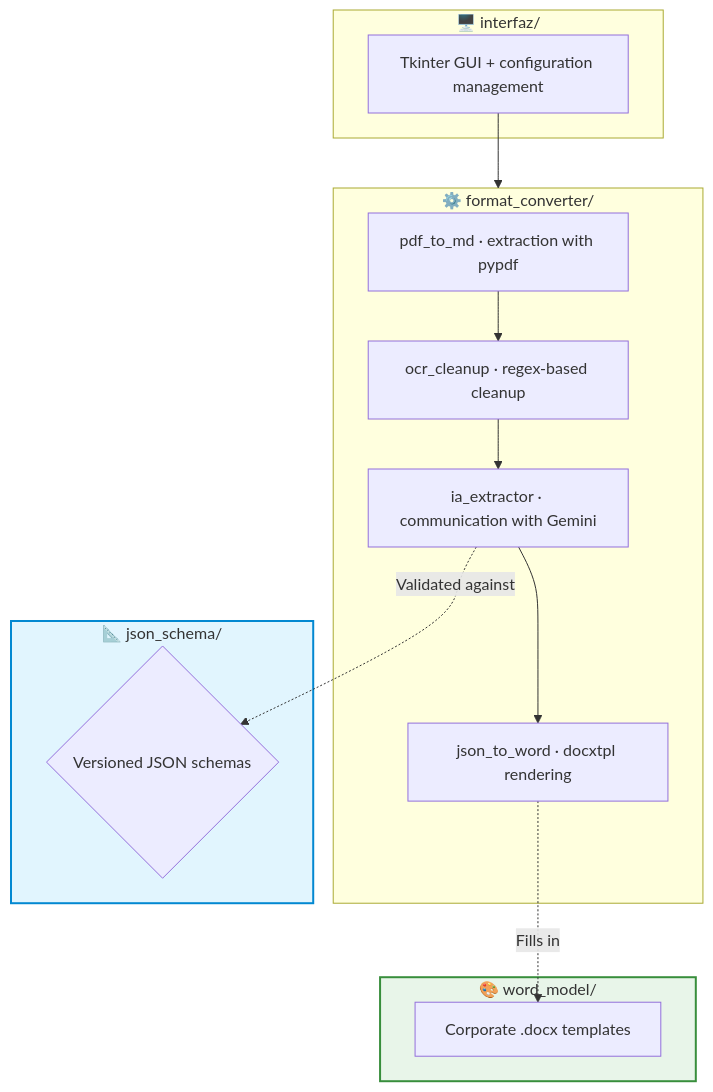
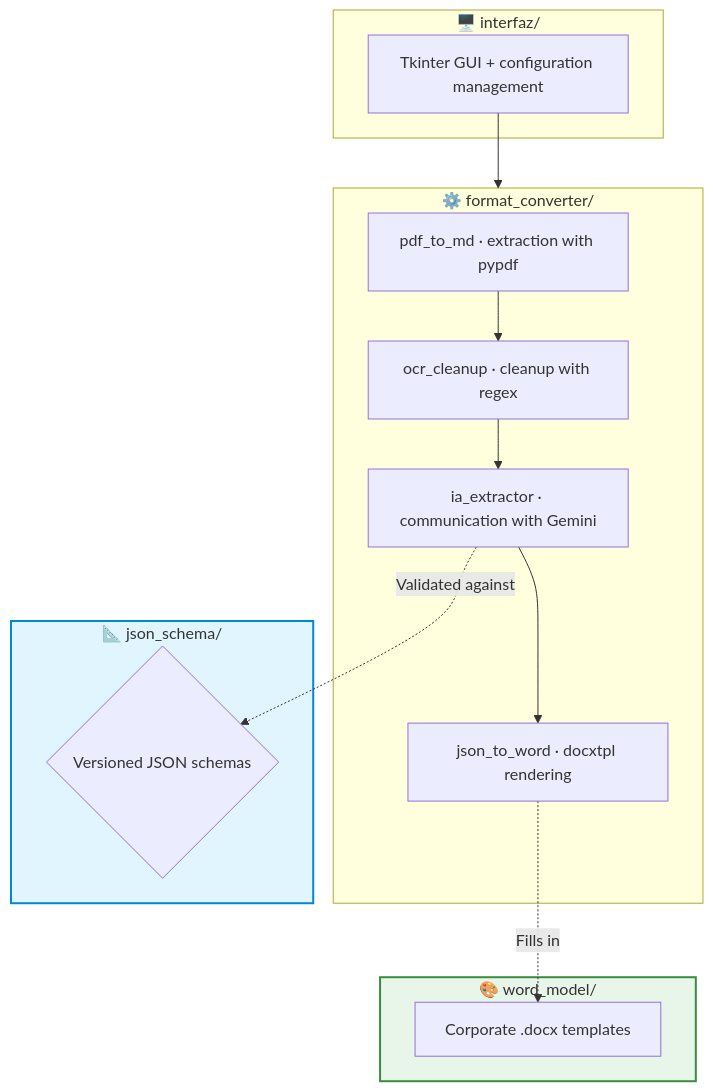
One commit to ivanher97/CV_Auto_CTIngenieros changed the second of 2 diagrams in README.md. Above: the diagram before and after it, drawn with Mermaid. The commit also changed other lines of this file, not shown here.

````diff
--- a/README.md
+++ b/README.md
@@ -46,27 +46,27 @@
 ```mermaid
 graph TD
     subgraph interfaz [🖥️ interfaz/]
         UI[Tkinter GUI + configuration management]
     end
 
     subgraph converter [⚙️ format_converter/]
-        P1[pdf_to_md · extraction with pypdf] --> P2[ocr_cleanup · regex-based cleanup]
+        P1[pdf_to_md · extraction with pypdf] --> P2[ocr_cleanup · cleanup with regex]
         P2 --> P3[ia_extractor · communication with Gemini]
         P3 --> P4[json_to_word · docxtpl rendering]
     end
 
     subgraph contrato [📐 json_schema/]
         S{Versioned JSON schemas}
     end
 
     subgraph plantillas [🎨 word_model/]
         W[Corporate .docx templates]
     end
 
     UI --> converter
     P3 -.->|Validated against| S
     P4 -.->|Fills in| W
 
     style contrato fill:#e1f5fe,stroke:#0288d1,stroke-width:2px
     style plantillas fill:#e8f5e9,stroke:#388e3c,stroke-width:2px
 ```
````
